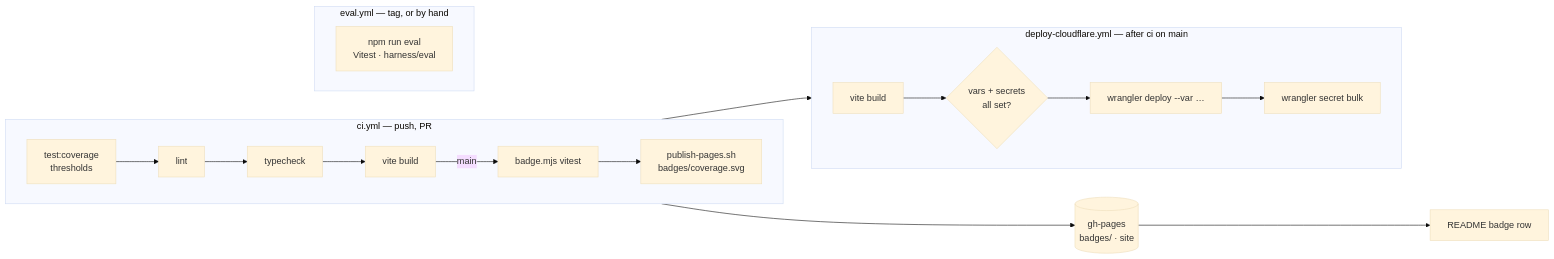
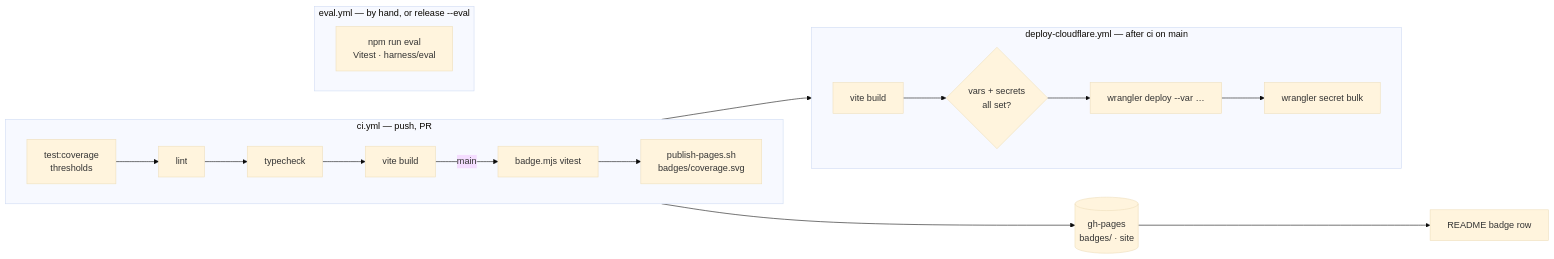
The tenth of 11 diagrams in docs/architecture.md (shotah/gantree2), drawn with Mermaid (base theme) before and after one commit. The commit also changed 11 other files, not shown here.

````diff
--- a/docs/architecture.md
+++ b/docs/architecture.md
@@ -392,19 +392,19 @@
 ```mermaid
 flowchart LR
   subgraph ci["ci.yml — push, PR"]
     direction LR
     T[test:coverage<br/>thresholds] --> LNT[lint] --> TC[typecheck] --> BLD[vite build]
     BLD -- main --> BADGE[badge.mjs vitest] --> PUB1[publish-pages.sh<br/>badges/coverage.svg]
   end
-  subgraph ev["eval.yml — tag, or by hand"]
+  subgraph ev["eval.yml — by hand, or release --eval"]
     direction LR
     EV["npm run eval<br/>Vitest · harness/eval"]
   end
   subgraph dep["deploy-cloudflare.yml — after ci on main"]
     direction LR
     V[vite build] --> CHK{vars + secrets<br/>all set?} --> WD[wrangler deploy --var …] --> SB[wrangler secret bulk]
   end
   ci --> dep
   PUB1 --> GH[("gh-pages<br/>badges/ · site")]
   GH --> README[README badge row]
 ```
````
